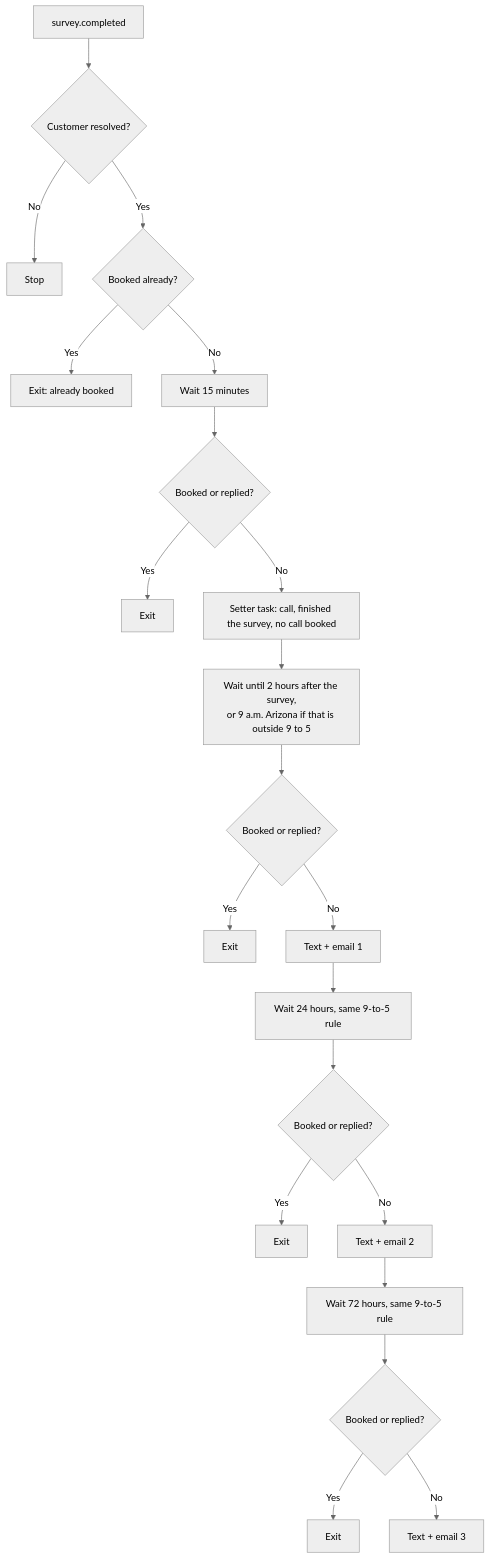
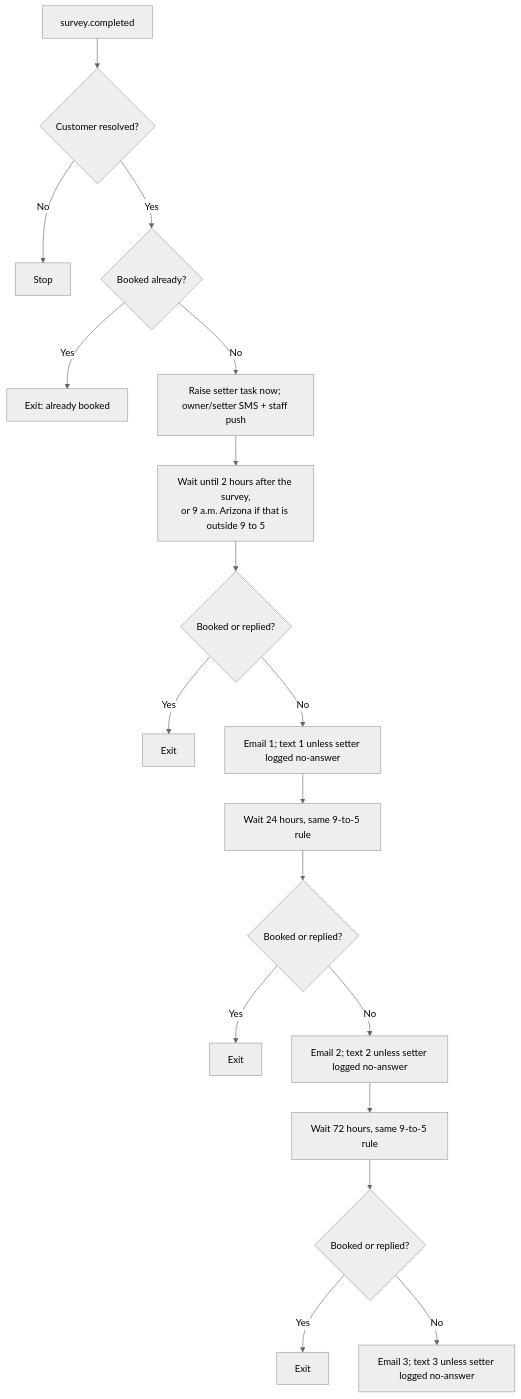
The third of 8 diagrams in docs/journeys/booking-notifications-flow.md (ZootimusMaximusSupreme/fundhub-platform), drawn with Mermaid (neutral theme) before and after one commit. The commit also changed other lines of this file and 33 other files, not shown here.

````diff
--- a/docs/journeys/booking-notifications-flow.md
+++ b/docs/journeys/booking-notifications-flow.md
@@ -215,23 +217,20 @@
 ```mermaid
 flowchart TD
     S[survey.completed] --> C{Customer resolved?}
     C -->|No| STOP0[Stop]
     C -->|Yes| B0{Booked already?}
     B0 -->|Yes| E0[Exit: already booked]
-    B0 -->|No| W0[Wait 15 minutes]
-    W0 --> B00{Booked or replied?}
-    B00 -->|Yes| E00[Exit]
-    B00 -->|No| TASK[Setter task: call, finished the survey, no call booked]
+    B0 -->|No| TASK[Raise setter task now; owner/setter SMS + staff push]
     TASK --> W1[Wait until 2 hours after the survey,<br/>or 9 a.m. Arizona if that is outside 9 to 5]
     W1 --> B1{Booked or replied?}
     B1 -->|Yes| E1[Exit]
-    B1 -->|No| M1[Text + email 1]
+    B1 -->|No| M1[Email 1; text 1 unless setter logged no-answer]
     M1 --> W2[Wait 24 hours, same 9-to-5 rule]
     W2 --> B2{Booked or replied?}
     B2 -->|Yes| E2[Exit]
-    B2 -->|No| M2[Text + email 2]
+    B2 -->|No| M2[Email 2; text 2 unless setter logged no-answer]
     M2 --> W3[Wait 72 hours, same 9-to-5 rule]
     W3 --> B3{Booked or replied?}
     B3 -->|Yes| E3[Exit]
-    B3 -->|No| M3[Text + email 3]
+    B3 -->|No| M3[Email 3; text 3 unless setter logged no-answer]
 ```
````
